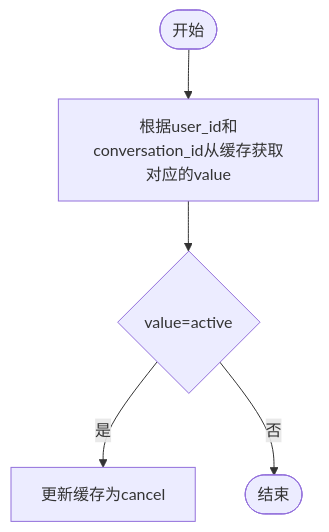
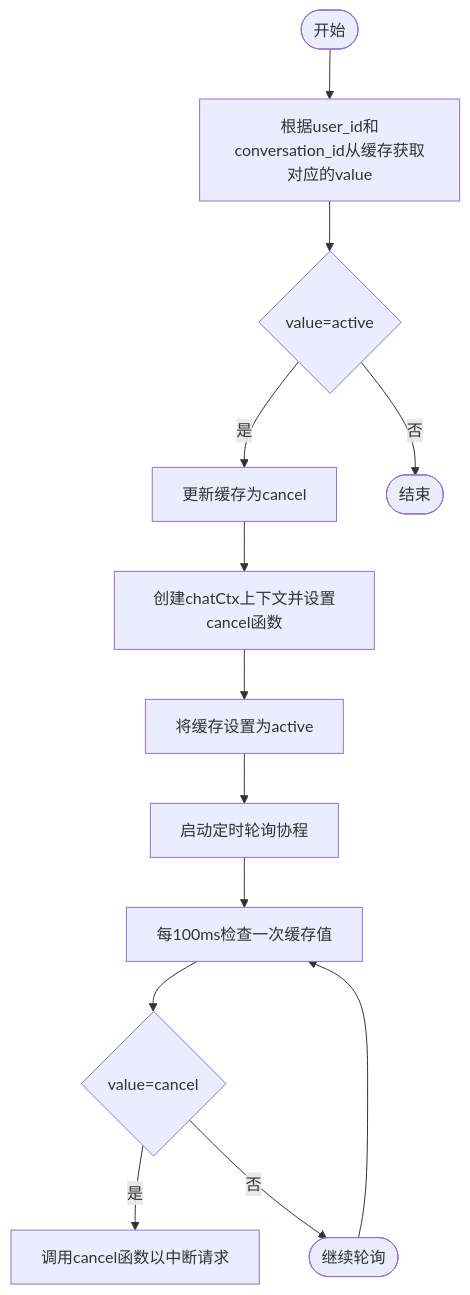
The diagram in all/未命名-20.md (yingjianzh/iodraw-files), drawn with Mermaid before and after one commit.

Commit message:
2025-02-05 16:25:54 update

````diff
--- a/all/未命名-20.md
+++ b/all/未命名-20.md
@@ -1,12 +1,16 @@
 ```mermaid
 flowchart TD
     Start([开始]) --> A[根据user_id和conversation_id从缓存获取对应的value]
     A --> B{value=active}
     B --> |是| C[更新缓存为cancel]
     B --> |否| End2([结束])
-    
+    C --> D[创建chatCtx上下文并设置cancel函数]
+    D --> E[将缓存设置为active]
+    E --> F[启动定时轮询协程]
+    F --> G[每100ms检查一次缓存值]
+    G --> H{value=cancel}
+    H --> |是| I[调用cancel函数以中断请求]
+    H --> |否| J([继续轮询])
+    J --> G
 
-    
-    
-    
 ```
````
